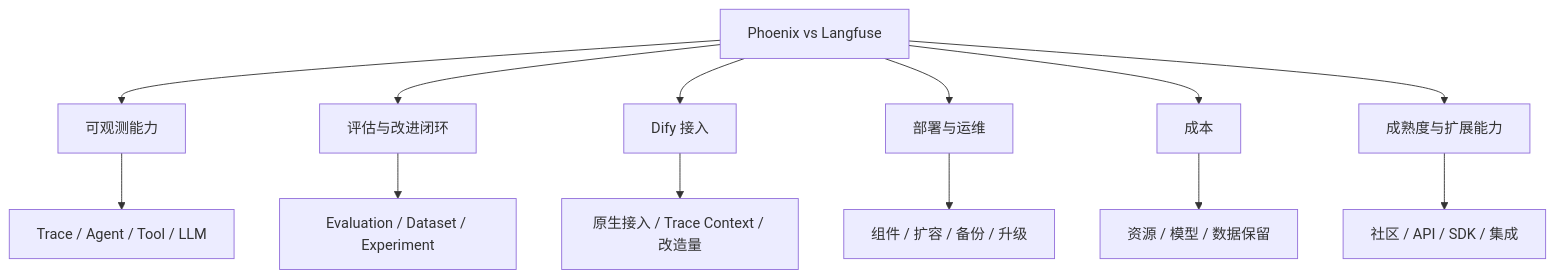
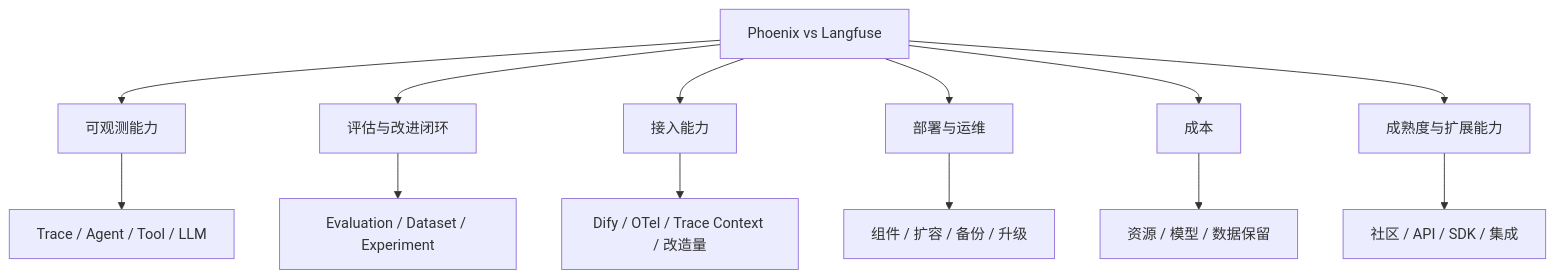
Before and after one commit to sgfd-ui/internship: diagram 15 of 15 in weekly-report/phoenix-langfuse-research.md, drawn with Mermaid. The commit also changed other lines of this file, not shown here.

````diff
--- a/weekly-report/phoenix-langfuse-research.md
+++ b/weekly-report/phoenix-langfuse-research.md
@@ -778,18 +720,18 @@
 ```mermaid
 flowchart TB
     A[Phoenix vs Langfuse]
 
     A --> B[可观测能力]
     A --> C[评估与改进闭环]
-    A --> D[Dify 接入]
+    A --> D[接入能力]
     A --> E[部署与运维]
     A --> F[成本]
     A --> G[成熟度与扩展能力]
 
     B --> B1[Trace / Agent / Tool / LLM]
     C --> C1[Evaluation / Dataset / Experiment]
-    D --> D1[原生接入 / Trace Context / 改造量]
+    D --> D1[Dify / OTel / Trace Context / 改造量]
     E --> E1[组件 / 扩容 / 备份 / 升级]
     F --> F1[资源 / 模型 / 数据保留]
     G --> G1[社区 / API / SDK / 集成]
 ```
````
